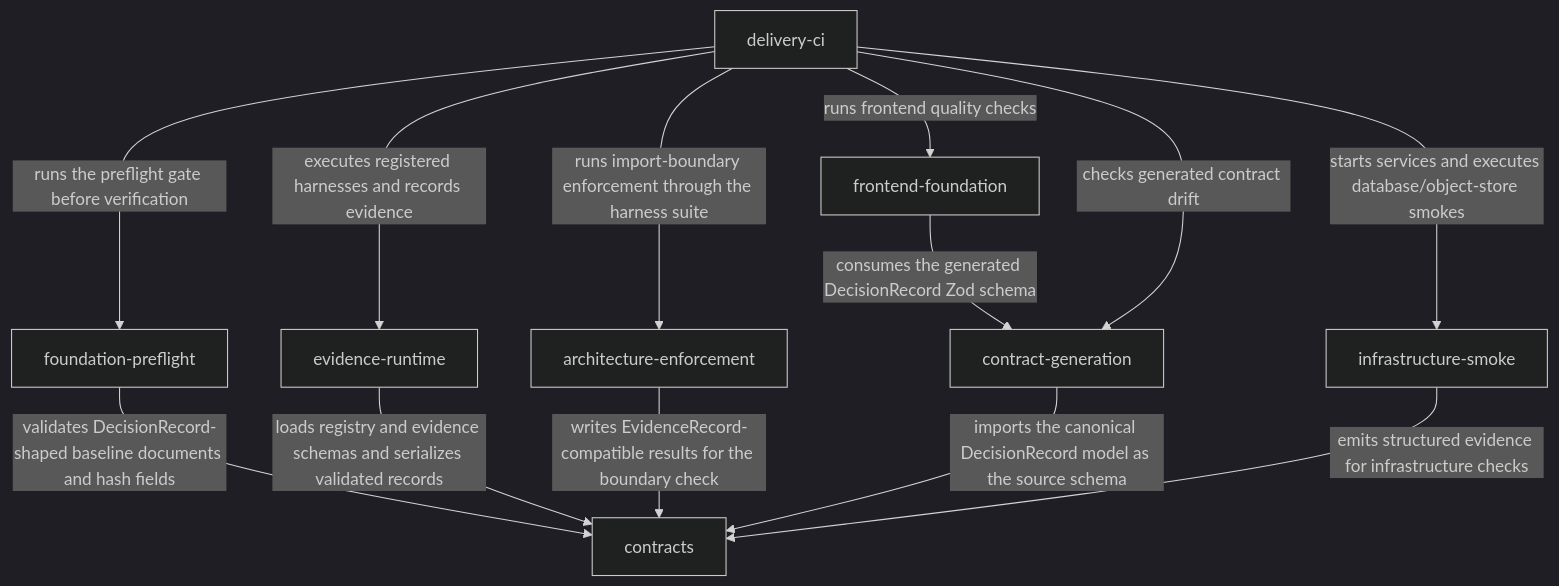
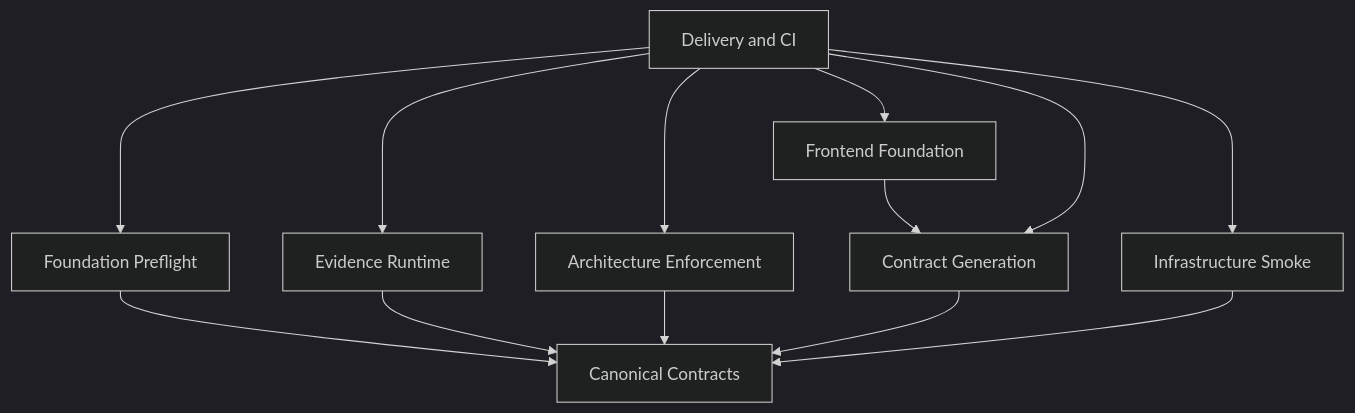
The second of 5 diagrams in docs/anatomy/system-diagram.md (maemreyo/work-frontier), drawn with Mermaid (dark theme) before and after one commit. The commit also changed other lines of this file and 42 other files, not shown here.

````diff
--- a/docs/anatomy/system-diagram.md
+++ b/docs/anatomy/system-diagram.md
@@ -15,15 +20,23 @@
 ```mermaid
 graph TD
-foundation_preflight[foundation-preflight] -->|validates DecisionRecord-shaped baseline documents and hash fields| contracts[contracts]
-evidence_runtime[evidence-runtime] -->|loads registry and evidence schemas and serializes validated records| contracts[contracts]
-architecture_enforcement[architecture-enforcement] -->|writes EvidenceRecord-compatible results for the boundary check| contracts[contracts]
-contract_generation[contract-generation] -->|imports the canonical DecisionRecord model as the source schema| contracts[contracts]
-infrastructure_smoke[infrastructure-smoke] -->|emits structured evidence for infrastructure checks| contracts[contracts]
-frontend_foundation[frontend-foundation] -->|consumes the generated DecisionRecord Zod schema| contract_generation[contract-generation]
-delivery_ci[delivery-ci] -->|runs the preflight gate before verification| foundation_preflight[foundation-preflight]
-delivery_ci[delivery-ci] -->|checks generated contract drift| contract_generation[contract-generation]
-delivery_ci[delivery-ci] -->|runs import-boundary enforcement through the harness suite| architecture_enforcement[architecture-enforcement]
-delivery_ci[delivery-ci] -->|executes registered harnesses and records evidence| evidence_runtime[evidence-runtime]
-delivery_ci[delivery-ci] -->|starts services and executes database/object-store smokes| infrastructure_smoke[infrastructure-smoke]
-delivery_ci[delivery-ci] -->|runs frontend quality checks| frontend_foundation[frontend-foundation]
+foundation-preflight["Foundation Preflight"]
+contracts["Canonical Contracts"]
+evidence-runtime["Evidence Runtime"]
+architecture-enforcement["Architecture Enforcement"]
+contract-generation["Contract Generation"]
+infrastructure-smoke["Infrastructure Smoke"]
+frontend-foundation["Frontend Foundation"]
+delivery-ci["Delivery and CI"]
+foundation-preflight --> contracts
+evidence-runtime --> contracts
+architecture-enforcement --> contracts
+contract-generation --> contracts
+infrastructure-smoke --> contracts
+frontend-foundation --> contract-generation
+delivery-ci --> foundation-preflight
+delivery-ci --> contract-generation
+delivery-ci --> architecture-enforcement
+delivery-ci --> evidence-runtime
+delivery-ci --> infrastructure-smoke
+delivery-ci --> frontend-foundation
 ```
````
